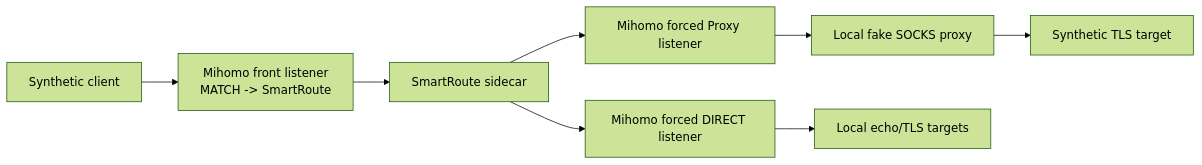
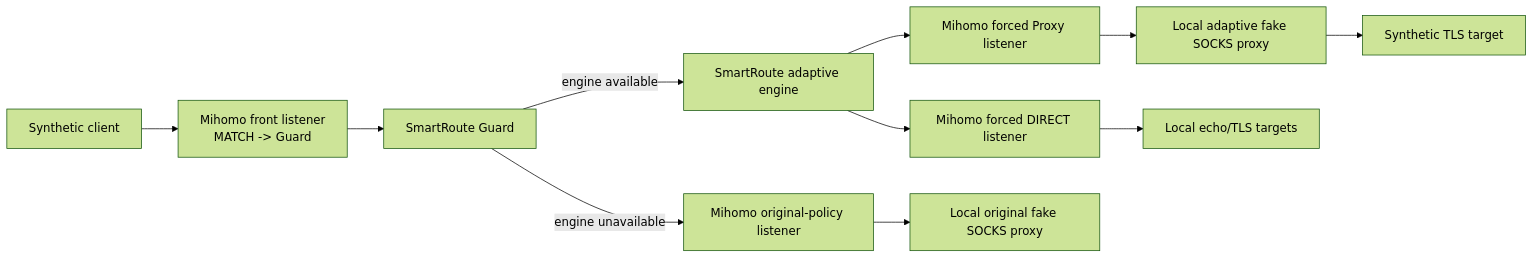
Before and after one commit to firfisa/smartroute: the second of 2 diagrams in docs/07-isolated-test-lab.md, drawn with Mermaid (forest theme). The commit also changed other lines of this file and 22 other files, not shown here.

Commit message:
feat(runtime): add adaptive availability guard

````diff
--- a/docs/07-isolated-test-lab.md
+++ b/docs/07-isolated-test-lab.md
@@ -87,10 +87,13 @@
 ```mermaid
 flowchart LR
-    C["Synthetic client"] --> F["Mihomo front listener\nMATCH -> SmartRoute"]
-    F --> S["SmartRoute sidecar"]
+    C["Synthetic client"] --> F["Mihomo front listener\nMATCH -> Guard"]
+    F --> A["SmartRoute Guard"]
+    A -->|"engine available"| S["SmartRoute adaptive engine"]
+    A -->|"engine unavailable"| O["Mihomo original-policy listener"]
     S --> D["Mihomo forced DIRECT listener"]
     S --> P["Mihomo forced Proxy listener"]
-    P --> G["Local fake SOCKS proxy"]
+    P --> G["Local adaptive fake SOCKS proxy"]
+    O --> OG["Local original fake SOCKS proxy"]
     D --> E["Local echo/TLS targets"]
     G --> T["Synthetic TLS target"]
 ```
````
